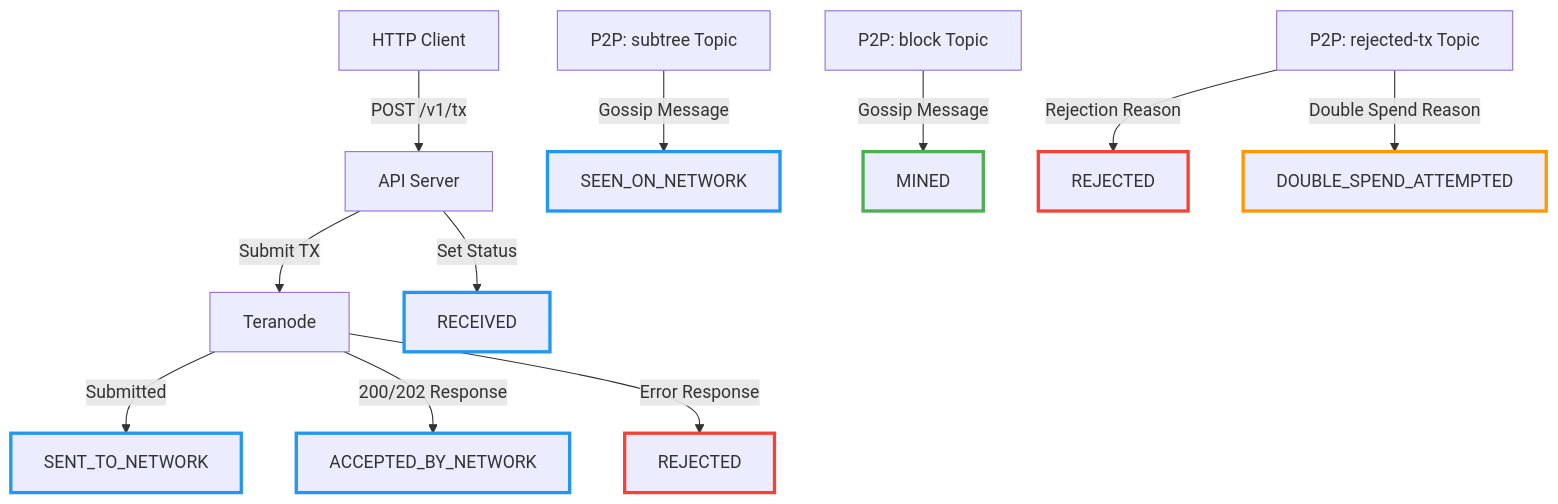
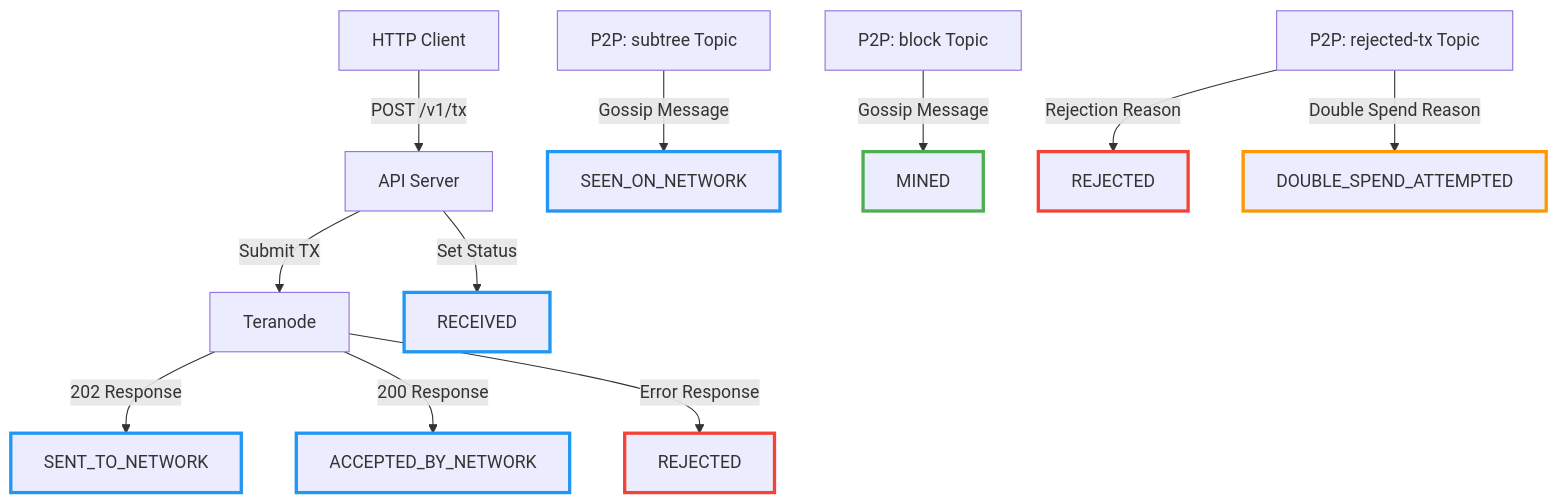
The second of 6 diagrams in ARCHITECTURE.md (bsv-blockchain/arcade), drawn with Mermaid before and after one commit.

Commit message:
fix 202 status

````diff
--- a/ARCHITECTURE.md
+++ b/ARCHITECTURE.md
@@ -35,30 +35,30 @@
 ```mermaid
 flowchart TD
     Client[HTTP Client]
     API[API Server]
     Teranode[Teranode]
     SubtreeGossip[P2P: subtree Topic]
     BlockGossip[P2P: block Topic]
     RejectedGossip[P2P: rejected-tx Topic]
 
     Client -->|POST /v1/tx| API
     API -->|Set Status| RECEIVED[RECEIVED]
     API -->|Submit TX| Teranode
-    Teranode -->|Submitted| SENT[SENT_TO_NETWORK]
-    Teranode -->|200/202 Response| ACCEPTED[ACCEPTED_BY_NETWORK]
+    Teranode -->|202 Response| SENT[SENT_TO_NETWORK]
+    Teranode -->|200 Response| ACCEPTED[ACCEPTED_BY_NETWORK]
     Teranode -->|Error Response| REJ1[REJECTED]
 
     SubtreeGossip -->|Gossip Message| SEEN[SEEN_ON_NETWORK]
     BlockGossip -->|Gossip Message| MINED[MINED]
     RejectedGossip -->|Rejection Reason| REJ2[REJECTED]
     RejectedGossip -->|Double Spend Reason| DS[DOUBLE_SPEND_ATTEMPTED]
 
     style RECEIVED stroke:#2196F3,stroke-width:3px
     style SENT stroke:#2196F3,stroke-width:3px
     style ACCEPTED stroke:#2196F3,stroke-width:3px
     style SEEN stroke:#2196F3,stroke-width:3px
     style MINED stroke:#4CAF50,stroke-width:3px
     style REJ1 stroke:#F44336,stroke-width:3px
     style REJ2 stroke:#F44336,stroke-width:3px
     style DS stroke:#FF9800,stroke-width:3px
 ```
````
